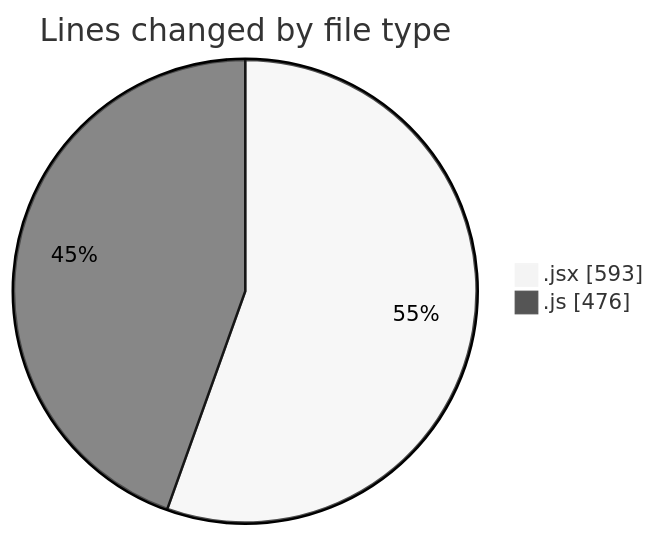
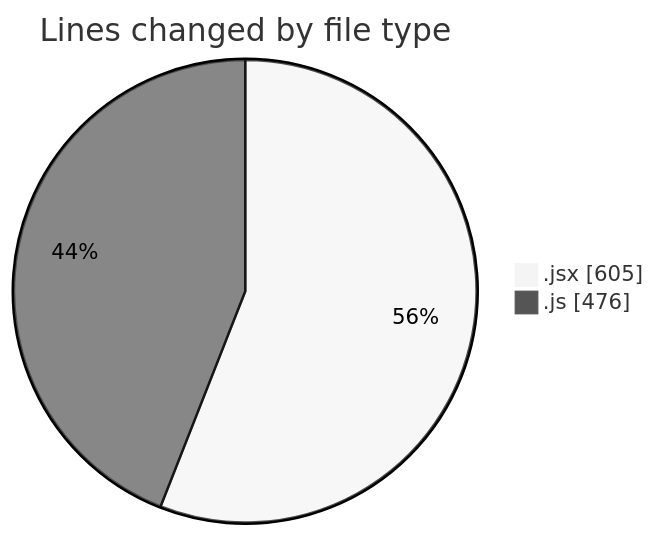
The first of 2 diagrams in 2025-11-14/argos/README.md (nxtqubesakshisongat/code-tracking), drawn with Mermaid (neutral theme) before and after one commit. The commit also changed other lines of this file and 1 other file, not shown here.

````diff
--- a/2025-11-14/argos/README.md
+++ b/2025-11-14/argos/README.md
@@ -23,6 +23,6 @@
 ```mermaid
 pie showData
 title Lines changed by file type
-".jsx" : 593
+".jsx" : 605
 ".js" : 476
 ```
````
